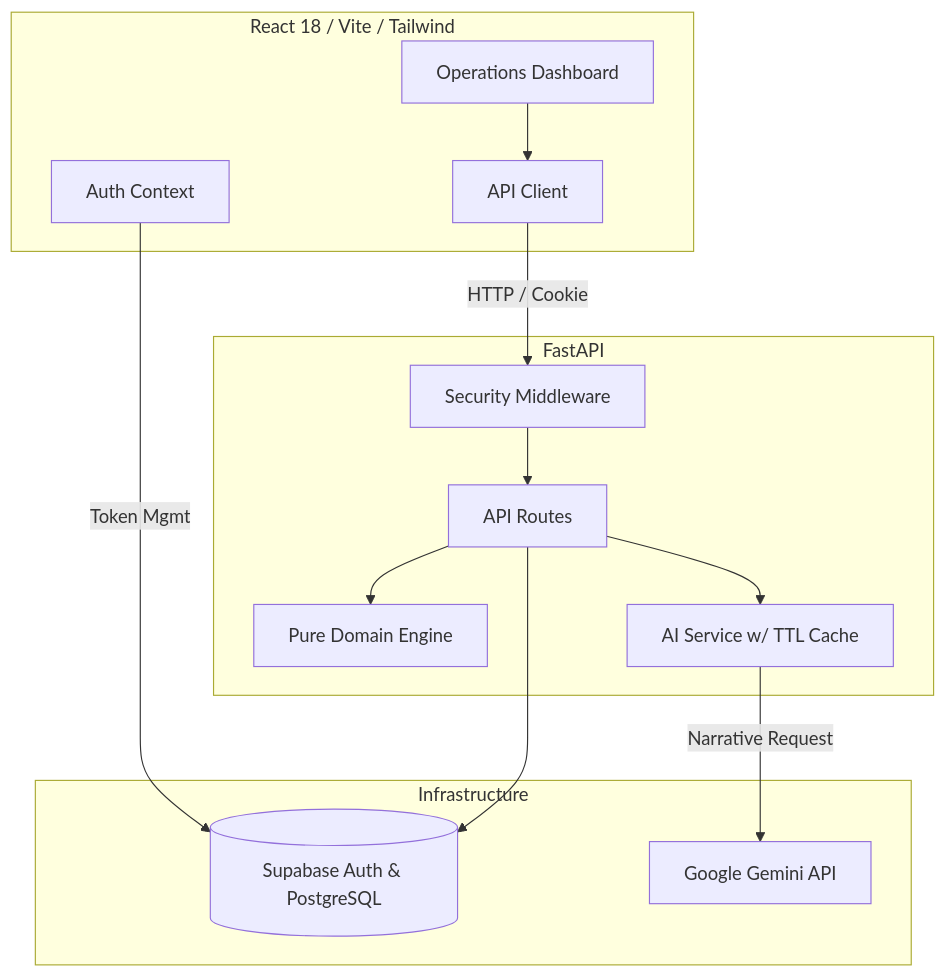
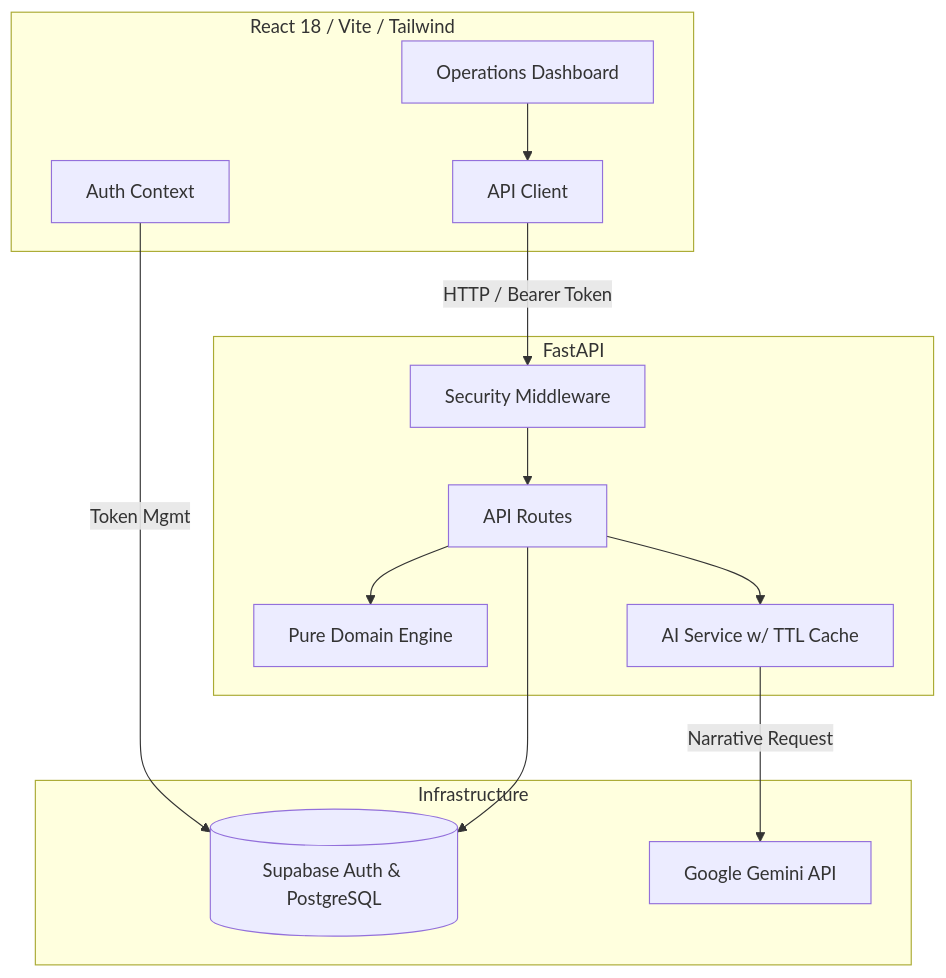
Before and after one commit to Harshit-925/StadiumIQ: the diagram in README.md, drawn with Mermaid. The commit also changed other lines of this file, not shown here.

````diff
--- a/README.md
+++ b/README.md
@@ -97,29 +97,29 @@
 ```mermaid
 graph TD
     subgraph Frontend [React 18 / Vite / Tailwind]
         UI[Operations Dashboard]
         Auth[Auth Context]
         API_Client[API Client]
     end
 
     subgraph Backend [FastAPI]
         Routes[API Routes]
         Engine[Pure Domain Engine]
         AI[AI Service w/ TTL Cache]
         Sec[Security Middleware]
     end
 
     subgraph Infrastructure
         SB[(Supabase Auth & PostgreSQL)]
         Gemini[Google Gemini API]
     end
 
     UI --> API_Client
-    API_Client -->|HTTP / Cookie| Sec
+    API_Client -->|HTTP / Bearer Token| Sec
     Sec --> Routes
     Routes --> Engine
     Routes --> AI
     Routes --> SB
     AI -->|Narrative Request| Gemini
     Auth -->|Token Mgmt| SB
 ```
````
